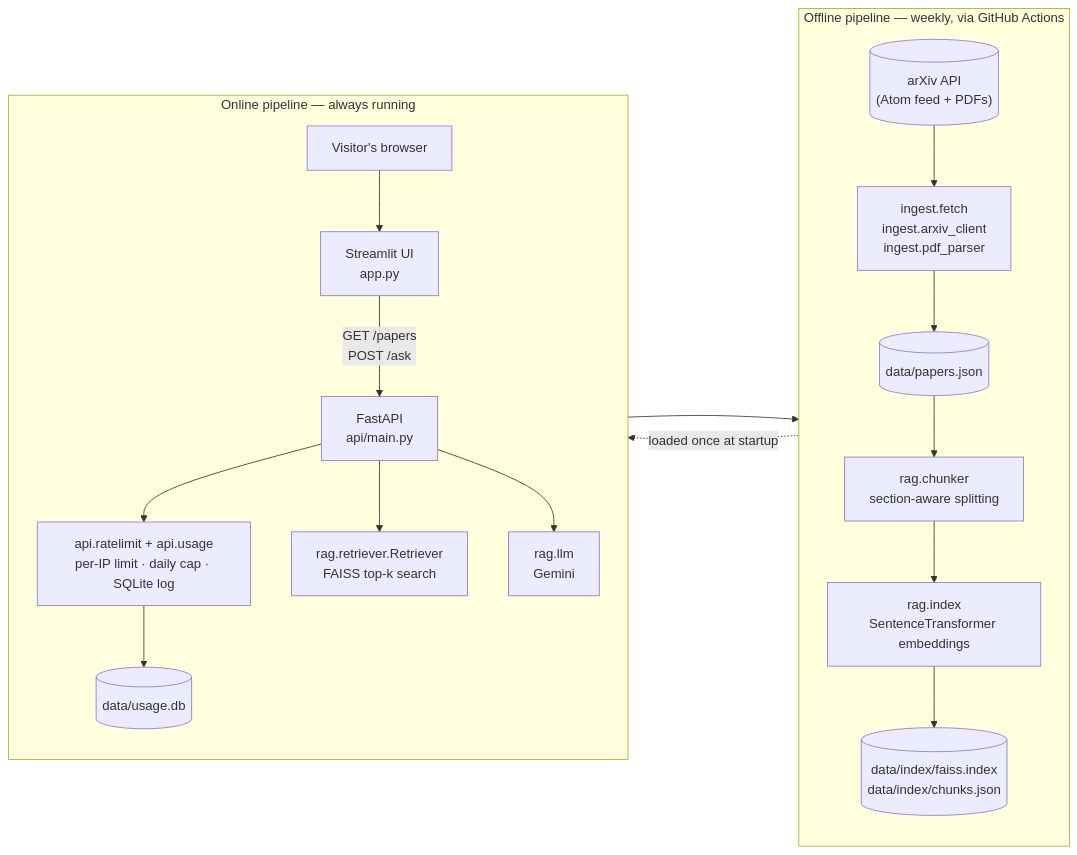
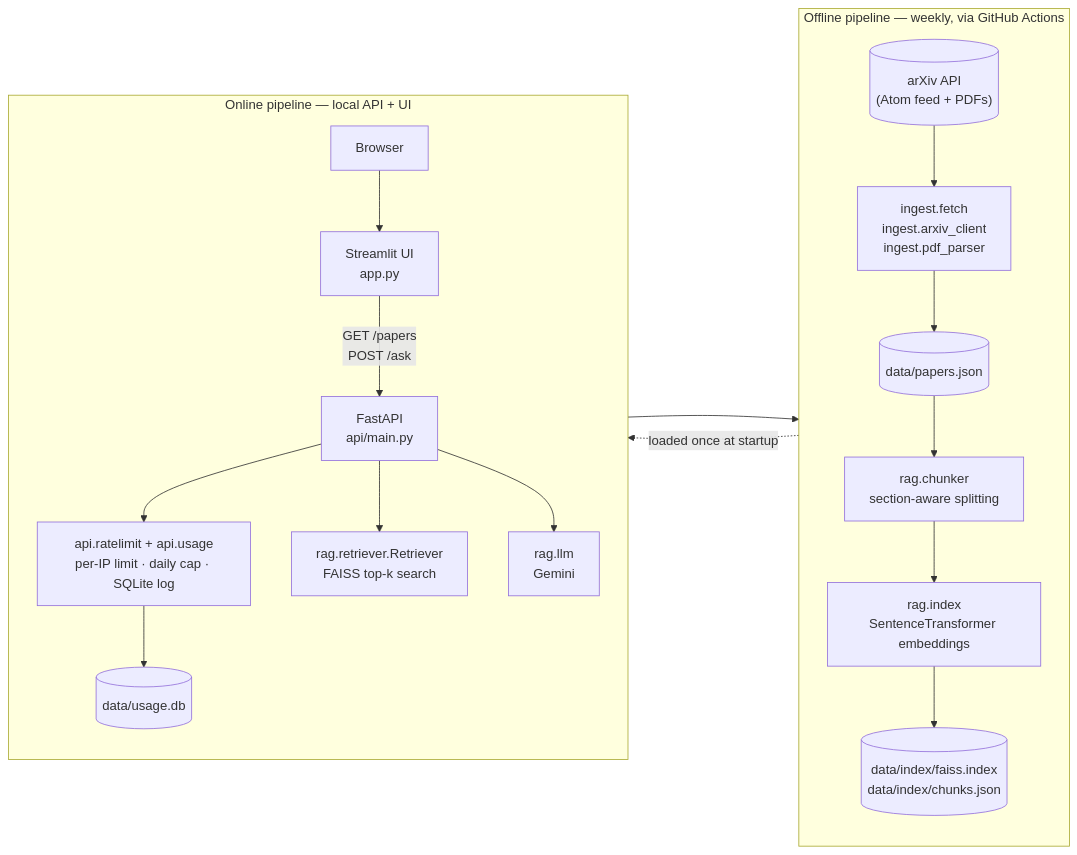
Before and after one commit to anastber/arxiv-research-radar: the first of 4 diagrams in README.md, drawn with Mermaid. The commit also changed other lines of this file, not shown here.

Commit message:
fixing some old references about deploying the app

````diff
--- a/README.md
+++ b/README.md
@@ -75,24 +75,24 @@
 ```mermaid
 flowchart LR
     subgraph Offline["Offline pipeline — weekly, via GitHub Actions"]
         direction TB
         Arxiv[("arXiv API<br/>(Atom feed + PDFs)")] --> Fetch["ingest.fetch<br/>ingest.arxiv_client<br/>ingest.pdf_parser"]
         Fetch --> Papers[("data/papers.json")]
         Papers --> Chunk["rag.chunker<br/>section-aware splitting"]
         Chunk --> Index["rag.index<br/>SentenceTransformer embeddings"]
         Index --> Store[("data/index/faiss.index<br/>data/index/chunks.json")]
     end
 
-    subgraph Online["Online pipeline — always running"]
+    subgraph Online["Online pipeline — local API + UI"]
         direction TB
-        Browser["Visitor's browser"] --> UI["Streamlit UI<br/>app.py"]
+        Browser["Browser"] --> UI["Streamlit UI<br/>app.py"]
         UI -->|"GET /papers<br/>POST /ask"| API["FastAPI<br/>api/main.py"]
         API --> Guard["api.ratelimit + api.usage<br/>per-IP limit · daily cap · SQLite log"]
         API --> Retriever["rag.retriever.Retriever<br/>FAISS top-k search"]
         Retriever --> Store
         API --> LLM["rag.llm<br/>Gemini"]
         Guard --> UsageDB[("data/usage.db")]
     end
 
     Store -.loaded once at startup.-> Retriever
 ```
````
